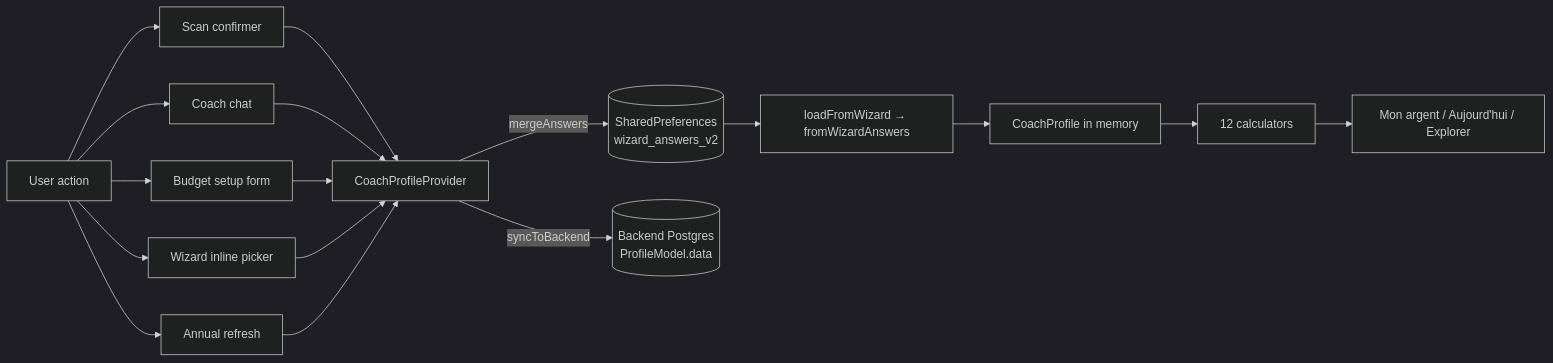
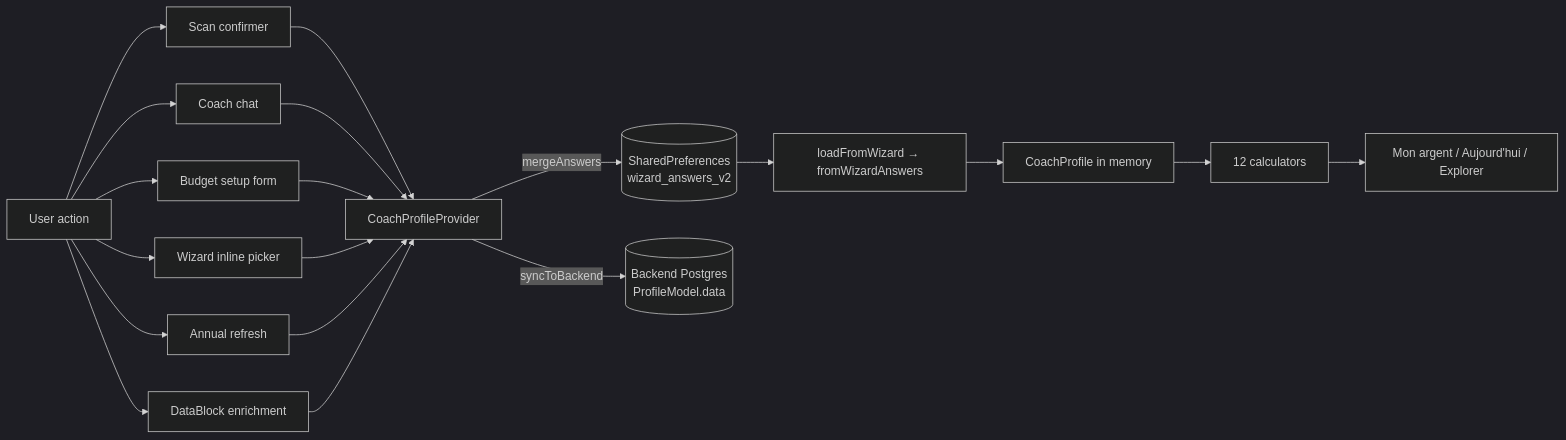
Before and after one commit to MINT-IA/MINT: the diagram in docs/data-flow.md, drawn with Mermaid (dark theme). The commit also changed other lines of this file and 11 other files, not shown here.

Commit message:
Route coverage mortgage facts to DataBlock

````diff
--- a/docs/data-flow.md
+++ b/docs/data-flow.md
@@ -19,21 +20,23 @@
 ```mermaid
 flowchart LR
     U[User action] --> W1[Scan confirmer]
     U --> W2[Coach chat]
     U --> W3[Budget setup form]
     U --> W4[Wizard inline picker]
     U --> W5[Annual refresh]
+    U --> W6[DataBlock enrichment]
 
     W1 --> PROV[CoachProfileProvider]
     W2 --> PROV
     W3 --> PROV
     W4 --> PROV
     W5 --> PROV
+    W6 --> PROV
 
     PROV -- mergeAnswers --> SP[(SharedPreferences<br/>wizard_answers_v2)]
     PROV -- syncToBackend --> BE[(Backend Postgres<br/>ProfileModel.data)]
     SP --> LOAD[loadFromWizard → fromWizardAnswers]
     LOAD --> PROFILE[CoachProfile in memory]
     PROFILE --> CALCS[12 calculators]
     CALCS --> UI[Mon argent / Aujourd'hui / Explorer]
 ```
````
